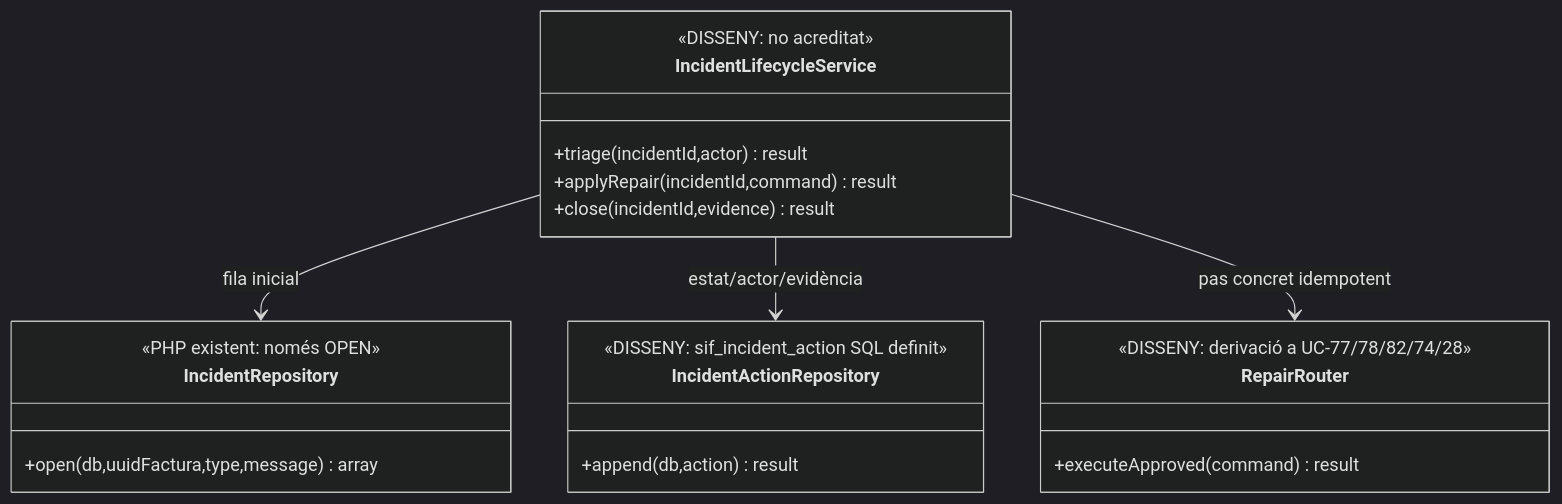
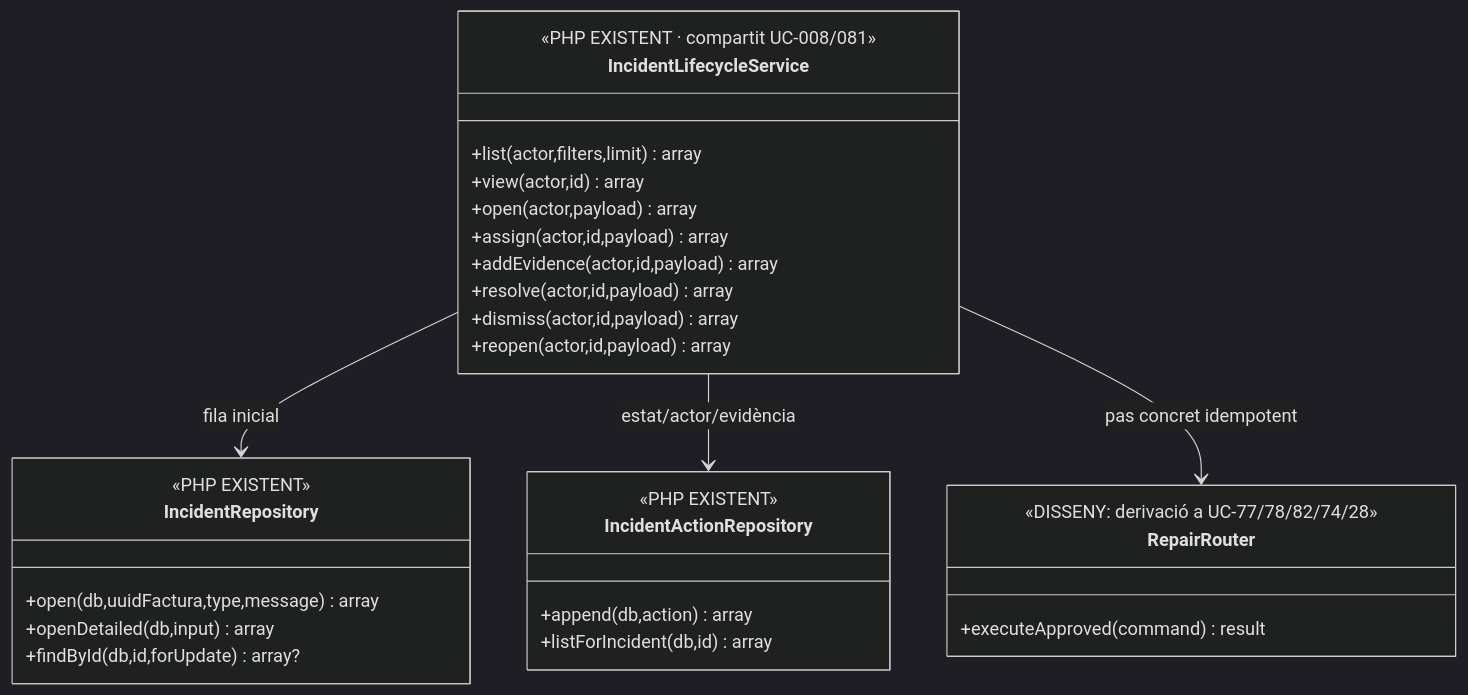
One commit to orgmeriemprismacat-del/verifactu changed the second of 3 diagrams in documentacio/07-uml-integrat/uc-081-cicle-complet-incidencia.md. Above: the diagram before and after it, drawn with Mermaid (dark theme). The commit also changed other lines of this file and 18 other files, not shown here.

````diff
--- a/documentacio/07-uml-integrat/uc-081-cicle-complet-incidencia.md
+++ b/documentacio/07-uml-integrat/uc-081-cicle-complet-incidencia.md
@@ -82,24 +82,32 @@
 ```mermaid
 classDiagram
 class IncidentLifecycleService {
- <<DISSENY: no acreditat>>
- +triage(incidentId,actor) result
- +applyRepair(incidentId,command) result
- +close(incidentId,evidence) result
+ <<PHP EXISTENT · compartit UC-008/081>>
+ +list(actor,filters,limit) array
+ +view(actor,id) array
+ +open(actor,payload) array
+ +assign(actor,id,payload) array
+ +addEvidence(actor,id,payload) array
+ +resolve(actor,id,payload) array
+ +dismiss(actor,id,payload) array
+ +reopen(actor,id,payload) array
 }
 class IncidentRepository {
- <<PHP existent: només OPEN>>
+ <<PHP EXISTENT>>
  +open(db,uuidFactura,type,message) array
+ +openDetailed(db,input) array
+ +findById(db,id,forUpdate) array?
 }
 class IncidentActionRepository {
- <<DISSENY: sif_incident_action SQL definit>>
- +append(db,action) result
+ <<PHP EXISTENT>>
+ +append(db,action) array
+ +listForIncident(db,id) array
 }
 class RepairRouter {
  <<DISSENY: derivació a UC-77/78/82/74/28>>
  +executeApproved(command) result
 }
 IncidentLifecycleService --> IncidentRepository : fila inicial
 IncidentLifecycleService --> IncidentActionRepository : estat/actor/evidència
 IncidentLifecycleService --> RepairRouter : pas concret idempotent
 ```
````
